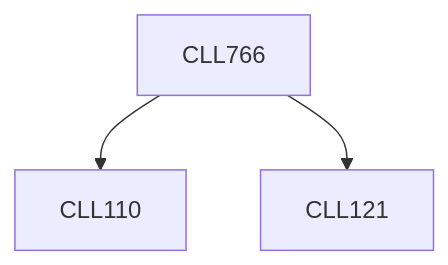
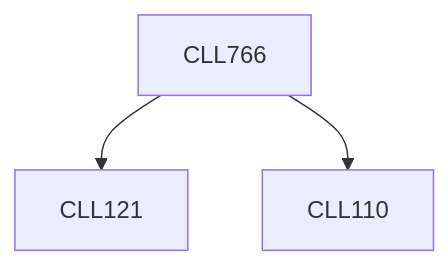
Before and after one commit to KeshavBansal0122/CoS_Website: the diagram in content/Chemical Engineering/CLL766.md, drawn with Mermaid. The commit also changed other lines of this file and 2662 other files, not shown here.

````diff
--- a/content/Chemical Engineering/CLL766.md
+++ b/content/Chemical Engineering/CLL766.md
@@ -13,9 +13,9 @@
 ```mermaid
 flowchart TD
 CLL766-146[CLL766]
+CLL766-146 --> CLL121-146[CLL121]
 CLL766-146 --> CLL110-146[CLL110]
-CLL766-146 --> CLL121-146[CLL121]
 
 classDef empty height:17px, fill:transparent, stroke:transparent;
 classDef trueEmpty height:0px, width:0px;
 ```
````
